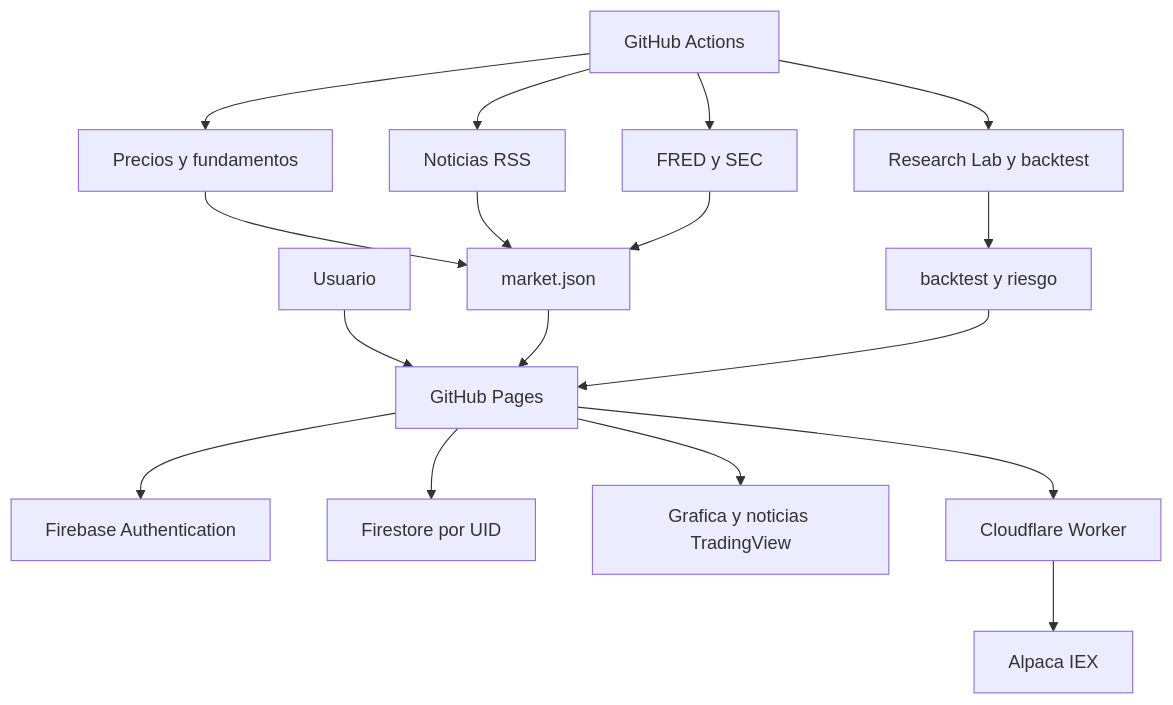
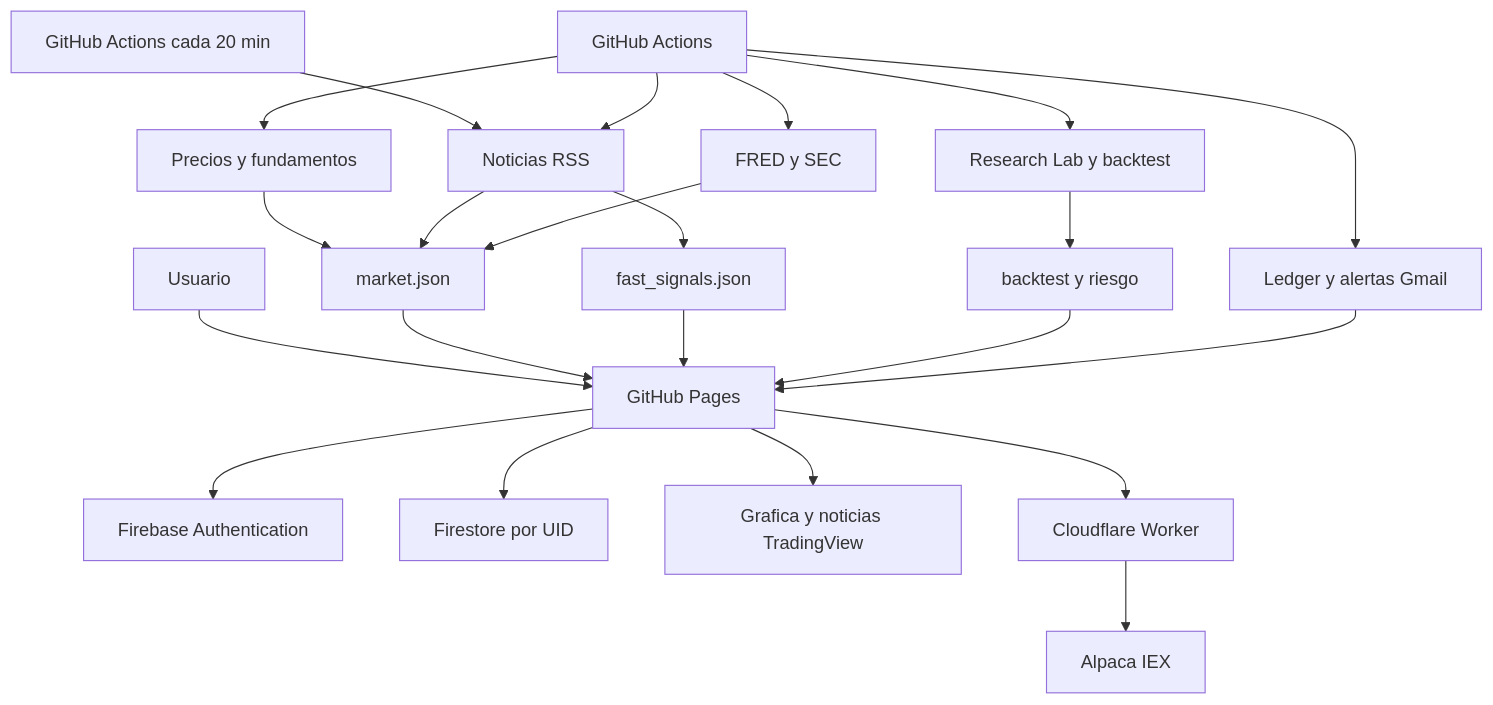
One commit to Apepsis/InvestmenrResearch changed the diagram in README.md. Above: the diagram before and after it, drawn with Mermaid. The commit also changed other lines of this file and 32 other files, not shown here.

````diff
--- a/README.md
+++ b/README.md
@@ -51,19 +63,24 @@
 ```mermaid
 flowchart TD
   U[Usuario] --> P[GitHub Pages]
   P --> A[Firebase Authentication]
   P --> F[Firestore por UID]
   P --> T[Grafica y noticias TradingView]
   P --> C[Cloudflare Worker]
   C --> L[Alpaca IEX]
   G[GitHub Actions] --> Y[Precios y fundamentos]
+  Q[GitHub Actions cada 20 min] --> N[Noticias RSS]
   G --> N[Noticias RSS]
   G --> M[FRED y SEC]
   G --> R[Research Lab y backtest]
+  G --> E[Ledger y alertas Gmail]
   Y --> J[market.json]
   N --> J
+  N --> S[fast_signals.json]
   M --> J
   R --> B[backtest y riesgo]
   J --> P
+  S --> P
   B --> P
+  E --> P
 ```
````
